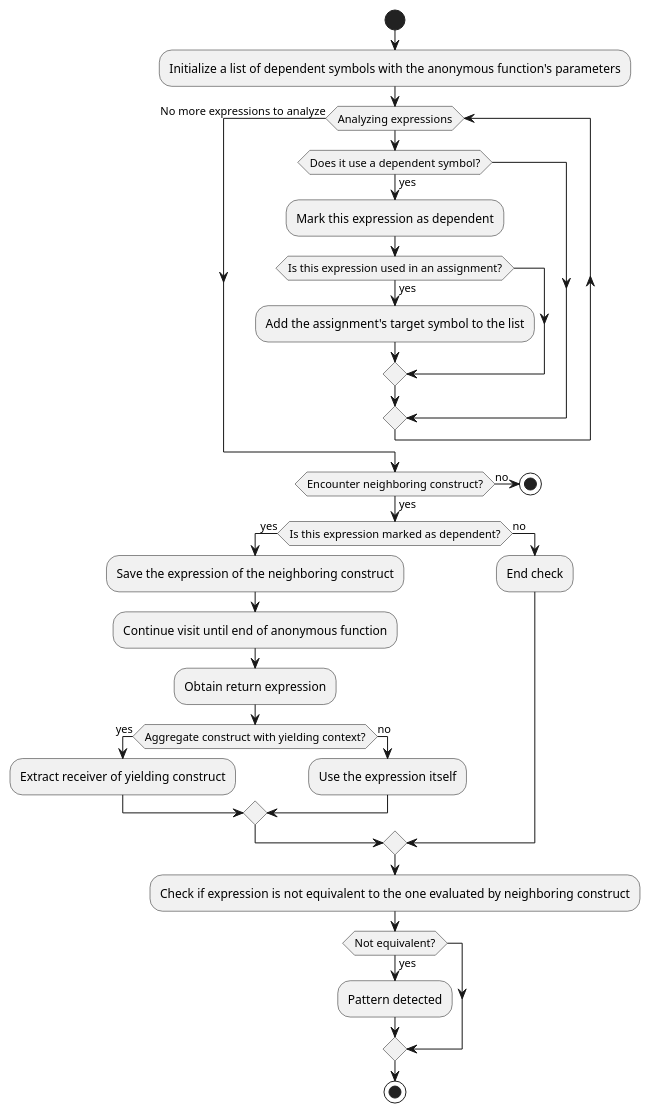
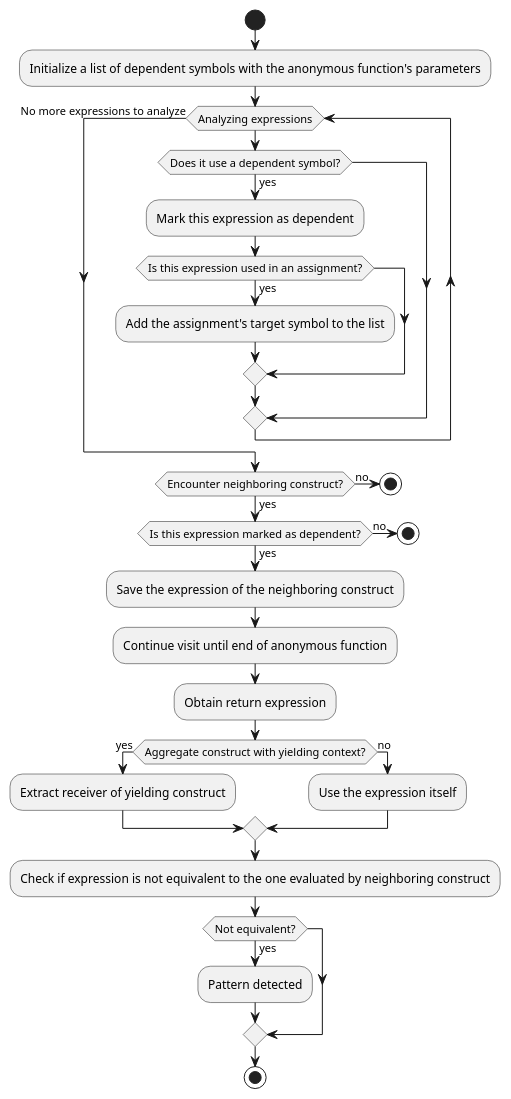
One commit to FreshMag/thesis changed the diagram in plantuml/p6-workflow.puml. Above: the diagram before and after it, drawn with PlantUML. The commit also changed 4 other files, not shown here.

```diff
--- a/plantuml/p6-workflow.puml
+++ b/plantuml/p6-workflow.puml
@@ -1,39 +1,39 @@
 @startuml p6-workflow
 
 start
 :Initialize a list of dependent symbols with the anonymous function's parameters;
 
 while (Analyzing expressions)
 	if (Does it use a dependent symbol?) then (yes)
 		:Mark this expression as dependent;
 		if (Is this expression used in an assignment?) then (yes)
 			:Add the assignment's target symbol to the list;
 		endif
 	endif
 endwhile (No more expressions to analyze);
 
 if (Encounter neighboring construct?) then (yes)
 	if (Is this expression marked as dependent?) then (yes)
 		:Save the expression of the neighboring construct;
 		:Continue visit until end of anonymous function;
 		:Obtain return expression;
 		
 		if (Aggregate construct with yielding context?) then (yes)
 			:Extract receiver of yielding construct;
 		else (no)
 			:Use the expression itself;
 		endif
 	else (no)
-		:End check;
+		stop
 	endif
 else (no)
 	stop
 endif
 
 :Check if expression is not equivalent to the one evaluated by neighboring construct;
 if (Not equivalent?) then (yes)
 	:Pattern detected;
 endif
 
 stop
 @enduml
```
